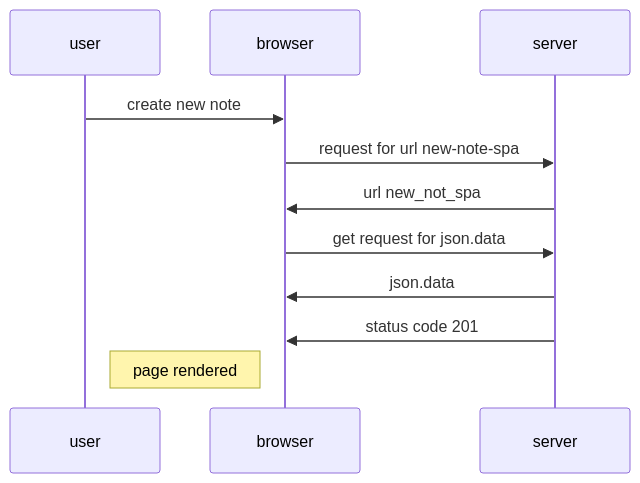
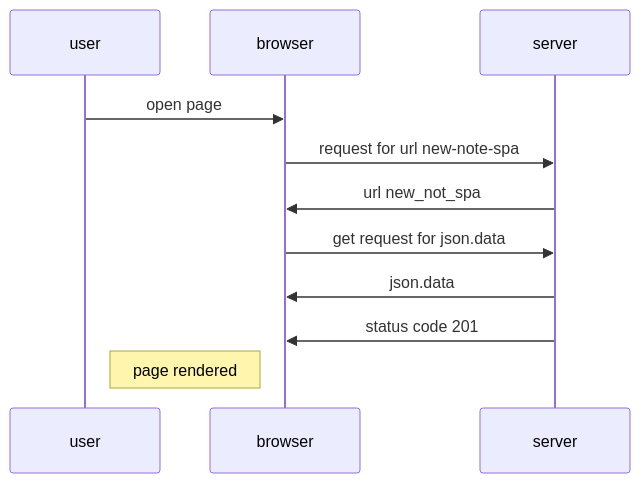
Before and after one commit to relleka/full-stack-open-2022-001: the diagram in Exercise 0.5.md, drawn with Mermaid.

Commit message:
Update Exercise 0.5.md

````diff
--- a/Exercise 0.5.md
+++ b/Exercise 0.5.md
@@ -1,10 +1,10 @@
 ```mermaid
 sequenceDiagram
-user->>browser: create new note 
+user->>browser: open page 
 browser->>server: request for url new-note-spa
 server->>browser: url new_not_spa
 browser->>server: get request for json.data
 server->>browser: json.data 
 server->>browser: status code 201 
 note left of browser: page rendered
 ```
````
